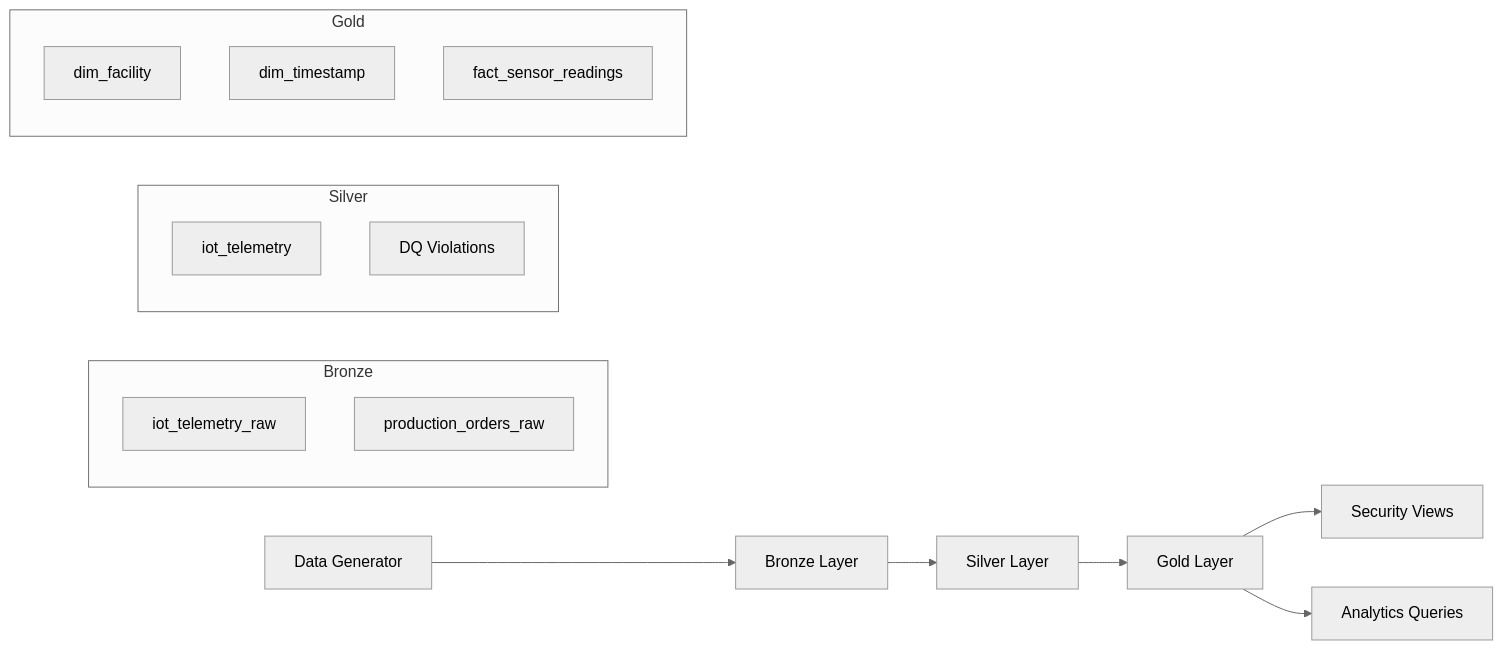
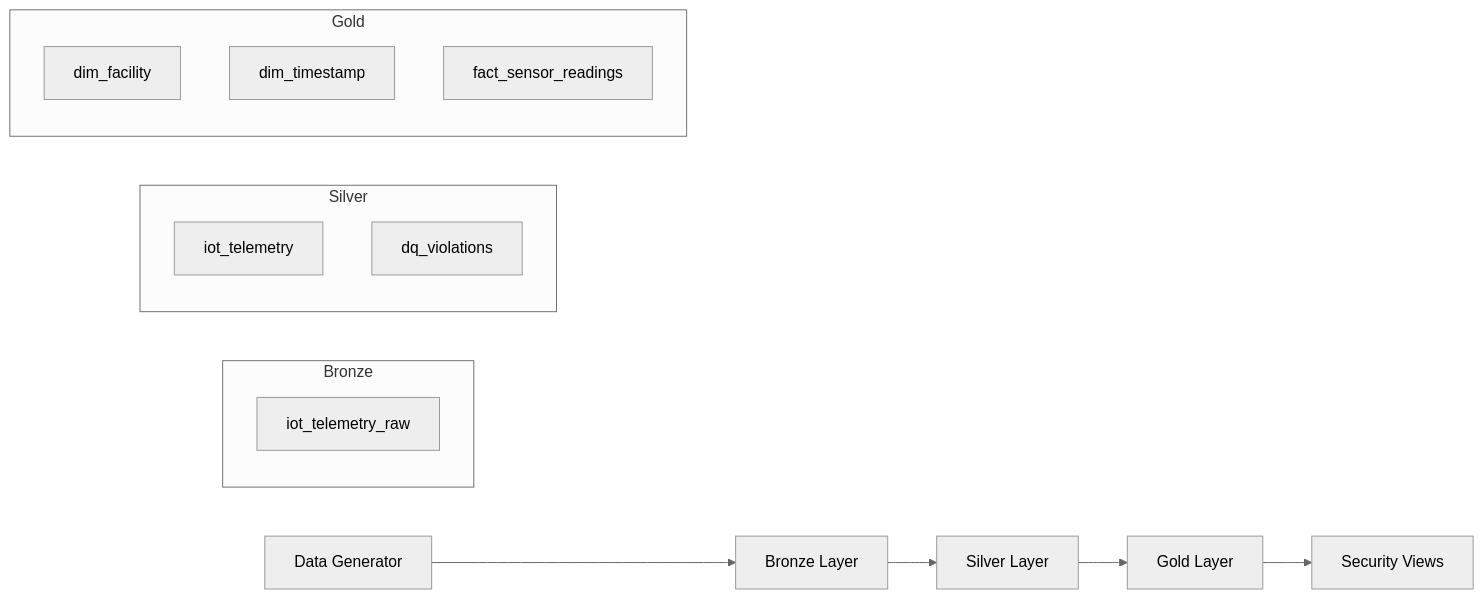
The diagram in readme.md (DevashishK26/Sync-Intern), drawn with Mermaid (neutral theme) before and after one commit. The commit also changed other lines of this file, not shown here.

````diff
--- a/readme.md
+++ b/readme.md
@@ -397,24 +379,22 @@
 ```mermaid
 graph LR
   A[Data Generator] --> B[Bronze Layer]
   B --> C[Silver Layer]
   C --> D[Gold Layer]
   D --> E[Security Views]
-  D --> F[Analytics Queries]
 
   subgraph Bronze
     B1[iot_telemetry_raw]
-    B2[production_orders_raw]
   end
 
   subgraph Silver
     C1[iot_telemetry]
-    C2[DQ Violations]
+    C2[dq_violations]
   end
 
   subgraph Gold
     D1[dim_facility]
     D2[dim_timestamp]
     D3[fact_sensor_readings]
   end
 ```
````
